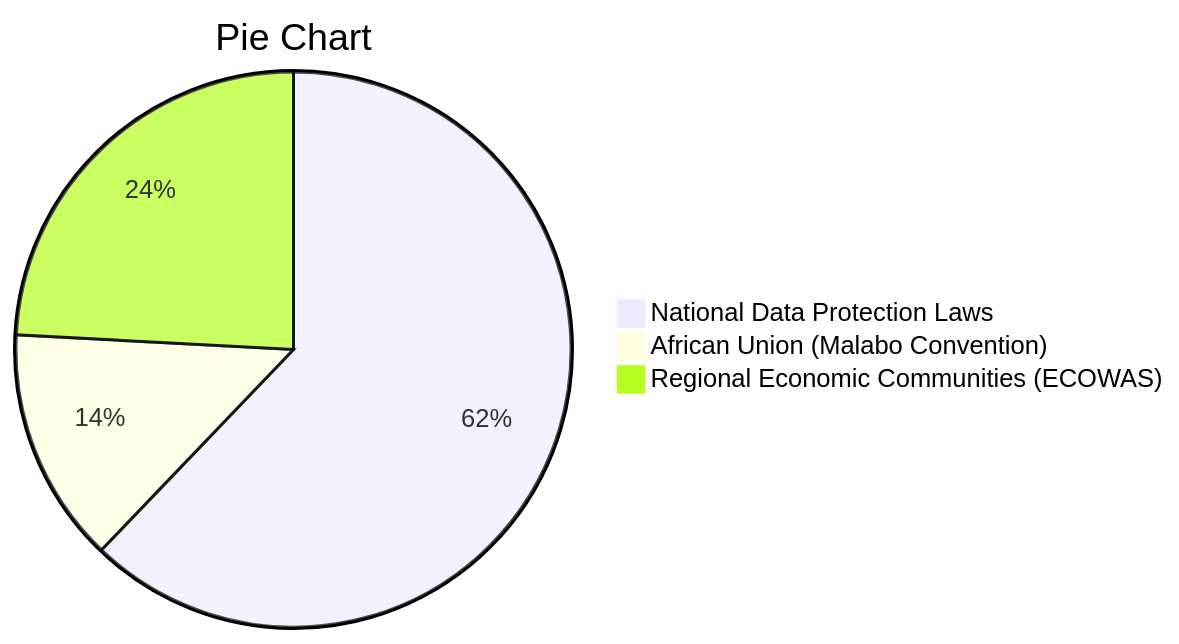
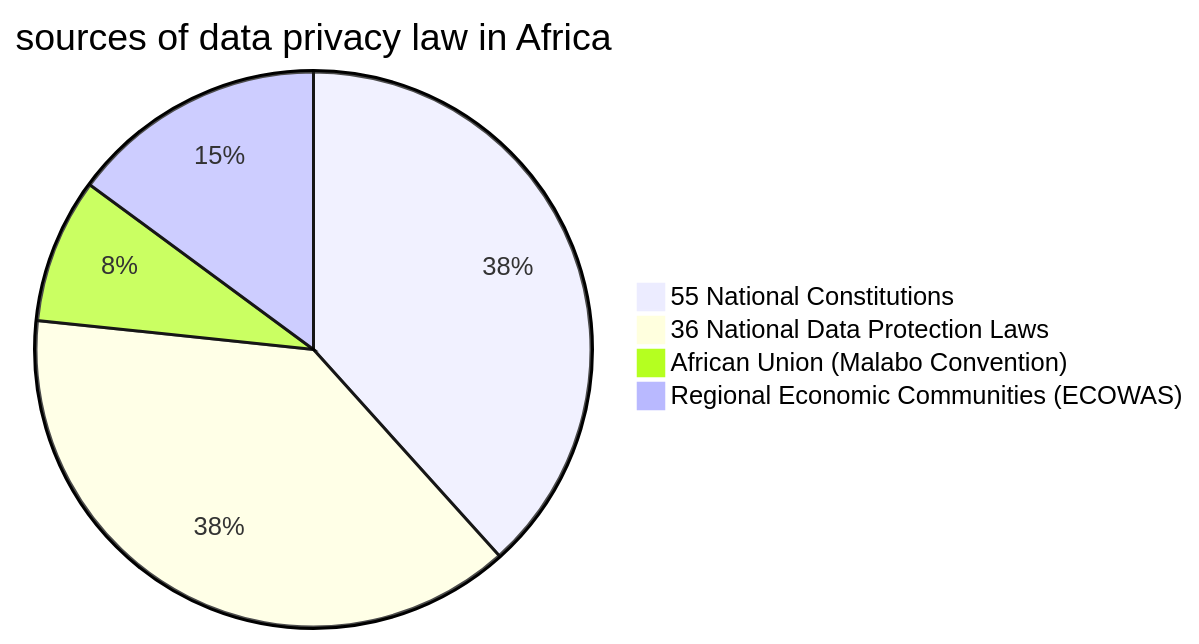
Before and after one commit to aovabo/blogger: the diagram in testdata/posts/first.md, drawn with Mermaid.

````diff
--- a/testdata/posts/first.md
+++ b/testdata/posts/first.md
@@ -8,7 +8,8 @@
 ```mermaid
 pie
-    title Pie Chart
-    "National Data Protection Laws" : 386
+    title sources of data privacy law in Africa
+    "55 National Constitutions" : 386
+    "36 National Data Protection Laws" : 386
     "African Union (Malabo Convention) " : 85
     "Regional Economic Communities (ECOWAS)" : 150 
 ```
````
